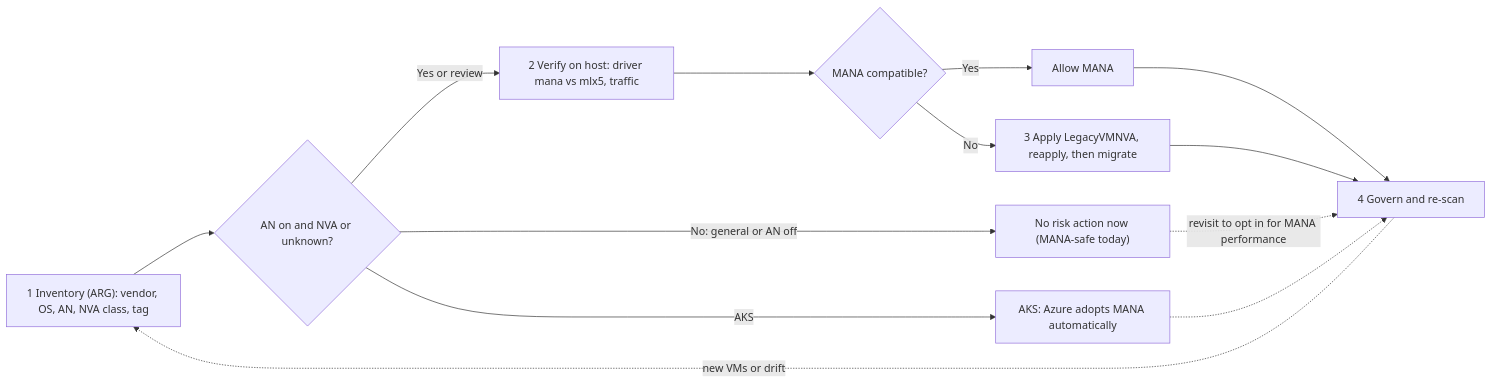
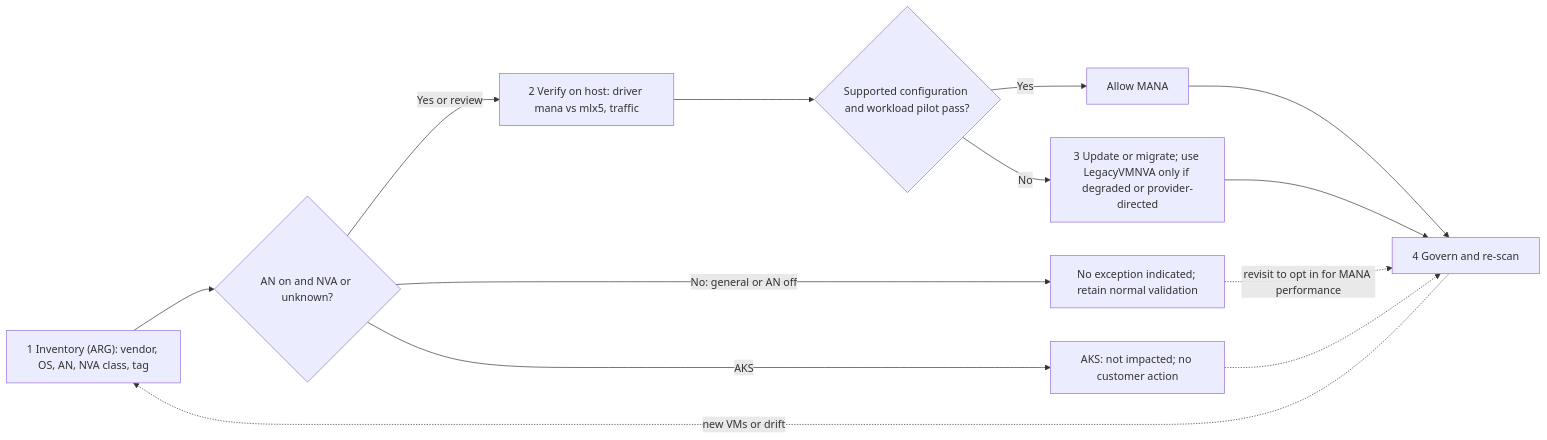
The first of 2 diagrams in README.md (kpkool/azure-mana-nva-toolkit), drawn with Mermaid before and after one commit. The commit also changed other lines of this file and 30 other files, not shown here.

````diff
--- a/README.md
+++ b/README.md
@@ -20,15 +20,15 @@
 ```mermaid
 flowchart LR
   A["1 Inventory (ARG): vendor, OS, AN, NVA class, tag"] --> B{"AN on and NVA or unknown?"}
-  B -->|"No: general or AN off"| Z["No risk action now (MANA-safe today)"]
-  B -->|"AKS"| K["AKS: Azure adopts MANA automatically"]
+  B -->|"No: general or AN off"| Z["No exception indicated; retain normal validation"]
+  B -->|"AKS"| K["AKS: not impacted; no customer action"]
   B -->|"Yes or review"| C["2 Verify on host: driver mana vs mlx5, traffic"]
-  C --> D{"MANA compatible?"}
+  C --> D{"Supported configuration and workload pilot pass?"}
   D -->|"Yes"| E["Allow MANA"]
-  D -->|"No"| F["3 Apply LegacyVMNVA, reapply, then migrate"]
+  D -->|"No"| F["3 Update or migrate; use LegacyVMNVA only if degraded or provider-directed"]
   E --> G["4 Govern and re-scan"]
   F --> G
   Z -.->|"revisit to opt in for MANA performance"| G
   K -.-> G
   G -.->|"new VMs or drift"| A
 ```
````
